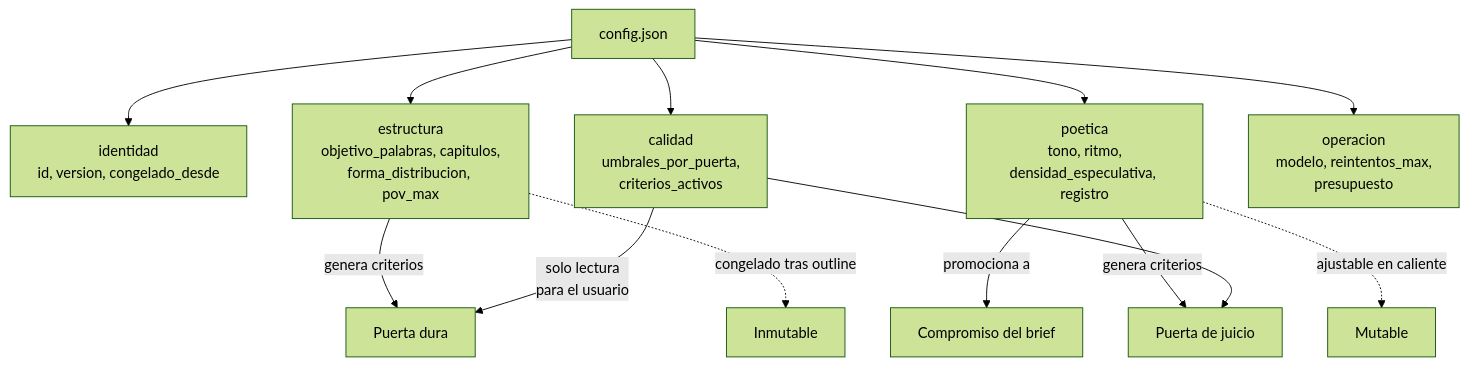
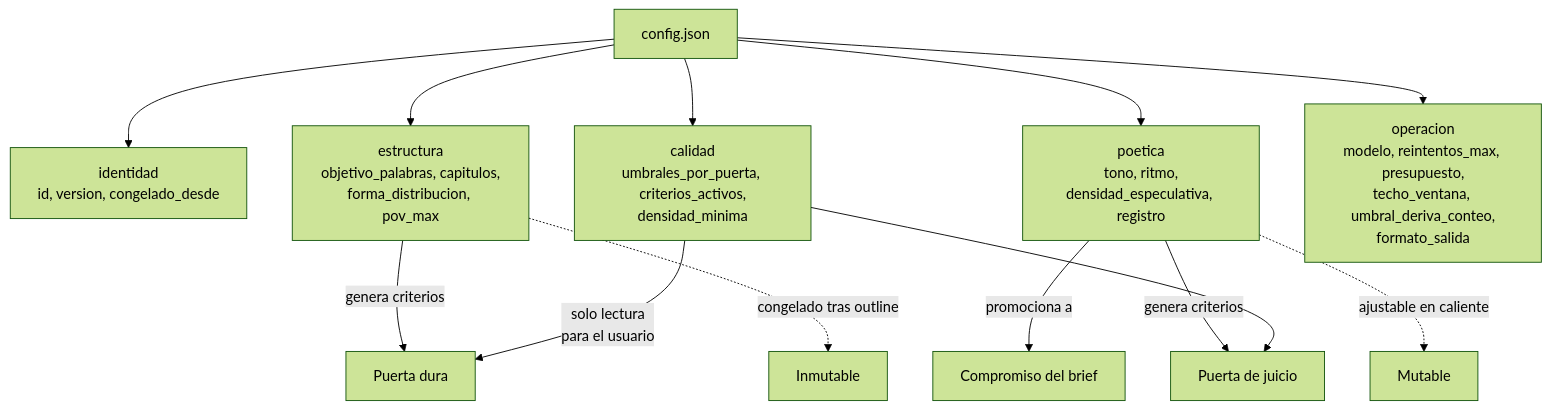
Before and after one commit to JNico-rb/story-maker: the fifth of 10 diagrams in docs/architecture.md, drawn with Mermaid (forest theme). The commit also changed other lines of this file and 10 other files, not shown here.

````diff
--- a/docs/architecture.md
+++ b/docs/architecture.md
@@ -185,19 +368,19 @@
 ```mermaid
 graph TD
     CFG[config.json]
 
     CFG --> ID[identidad<br/>id, version, congelado_desde]
     CFG --> EST[estructura<br/>objetivo_palabras, capitulos,<br/>forma_distribucion, pov_max]
     CFG --> POE[poetica<br/>tono, ritmo,<br/>densidad_especulativa, registro]
-    CFG --> CAL[calidad<br/>umbrales_por_puerta,<br/>criterios_activos]
-    CFG --> OPE[operacion<br/>modelo, reintentos_max,<br/>presupuesto]
+    CFG --> CAL[calidad<br/>umbrales_por_puerta, criterios_activos,<br/>densidad_minima]
+    CFG --> OPE[operacion<br/>modelo, reintentos_max, presupuesto,<br/>techo_ventana, umbral_deriva_conteo,<br/>formato_salida]
 
     EST -->|genera criterios| PD[Puerta dura]
     POE -->|promociona a| COMP[Compromiso del brief]
     POE -->|genera criterios| PJ[Puerta de juicio]
     CAL -->|solo lectura<br/>para el usuario| PD
     CAL --> PJ
 
     EST -.congelado tras outline.-> LOCK[Inmutable]
     POE -.ajustable en caliente.-> HOT[Mutable]
 ```
````
